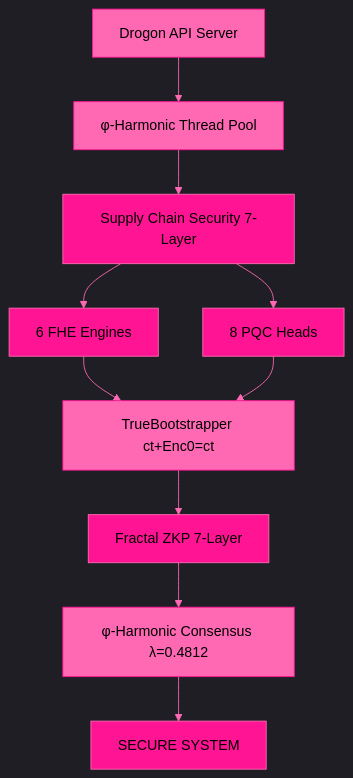
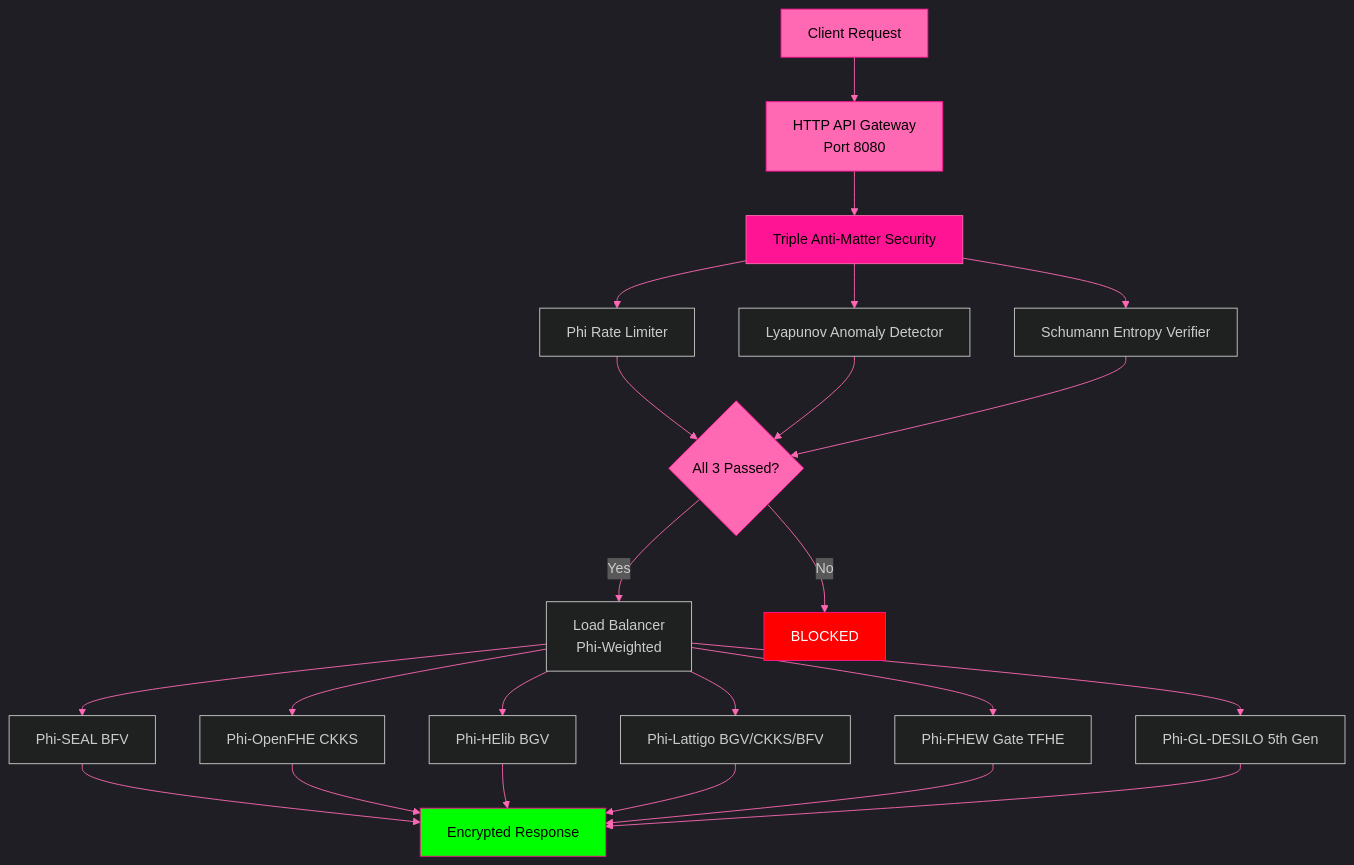
Before and after one commit to primordialomegazero/BeyondYourComprehensionFHE: the first of 2 diagrams in README.md, drawn with Mermaid. The commit also changed other lines of this file, not shown here.

First line of the commit message:
docs: README v6.1 — Architecture + Videos + Schumann + Triple Anti-Matter + API Business

````diff
--- a/README.md
+++ b/README.md
@@ -194,23 +45,33 @@
 ```mermaid
 %%{init: {'theme': 'dark', 'themeVariables': { 'primaryColor': '#ff69b4', 'primaryTextColor': '#000', 'primaryBorderColor': '#ff1493', 'lineColor': '#ff69b4'}}}%%
 graph TB
-    A[Drogon API Server] --> B[φ-Harmonic Thread Pool]
-    B --> C[Supply Chain Security 7-Layer]
-    C --> D[6 FHE Engines]
-    C --> E[8 PQC Heads]
-    D --> F[TrueBootstrapper ct+Enc0=ct]
-    E --> F
-    F --> G[Fractal ZKP 7-Layer]
-    G --> H[φ-Harmonic Consensus λ=0.4812]
-    H --> I[SECURE SYSTEM]
+    A[Client Request] --> B[HTTP API Gateway<br/>Port 8080]
+    B --> C[Triple Anti-Matter Security]
+    C --> D[Phi Rate Limiter]
+    C --> E[Lyapunov Anomaly Detector]
+    C --> F[Schumann Entropy Verifier]
+    D --> G{All 3 Passed?}
+    E --> G
+    F --> G
+    G -->|Yes| H[Load Balancer<br/>Phi-Weighted]
+    G -->|No| I[BLOCKED]
+    H --> J[Phi-SEAL BFV]
+    H --> K[Phi-OpenFHE CKKS]
+    H --> L[Phi-HElib BGV]
+    H --> M[Phi-Lattigo BGV/CKKS/BFV]
+    H --> N[Phi-FHEW Gate TFHE]
+    H --> O[Phi-GL-DESILO 5th Gen]
+    J --> P[Encrypted Response]
+    K --> P
+    L --> P
+    M --> P
+    N --> P
+    O --> P
     
     style A fill:#ff69b4,stroke:#ff1493,color:#000
     style B fill:#ff69b4,stroke:#ff1493,color:#000
     style C fill:#ff1493,stroke:#ff69b4,color:#000
-    style D fill:#ff1493,stroke:#ff69b4,color:#000
-    style E fill:#ff1493,stroke:#ff69b4,color:#000
-    style F fill:#ff69b4,stroke:#ff1493,color:#000
-    style G fill:#ff1493,stroke:#ff69b4,color:#000
-    style H fill:#ff69b4,stroke:#ff1493,color:#000
-    style I fill:#ff1493,stroke:#ff69b4,color:#000
+    style G fill:#ff69b4,stroke:#ff1493,color:#000
+    style I fill:#ff0000,stroke:#ff1493,color:#fff
+    style P fill:#00ff00,stroke:#ff1493,color:#000
 ```
````
